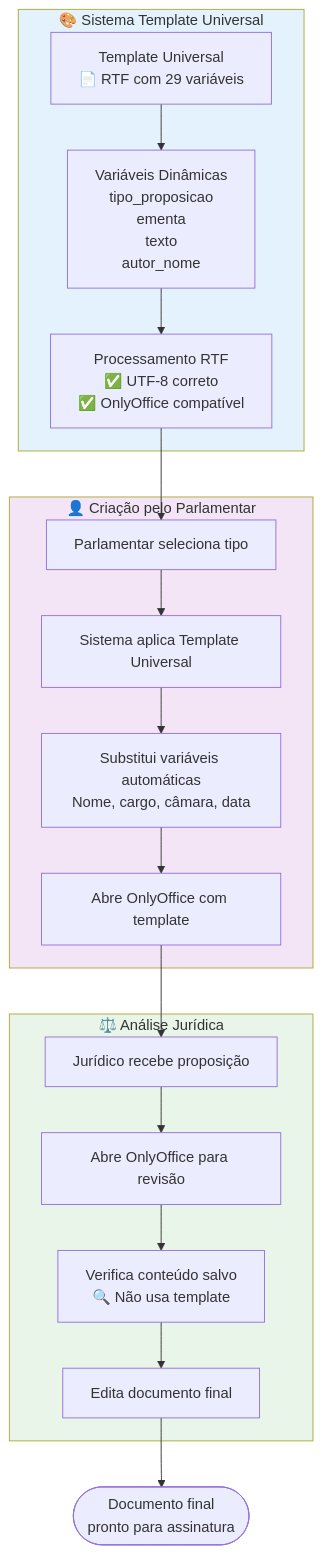
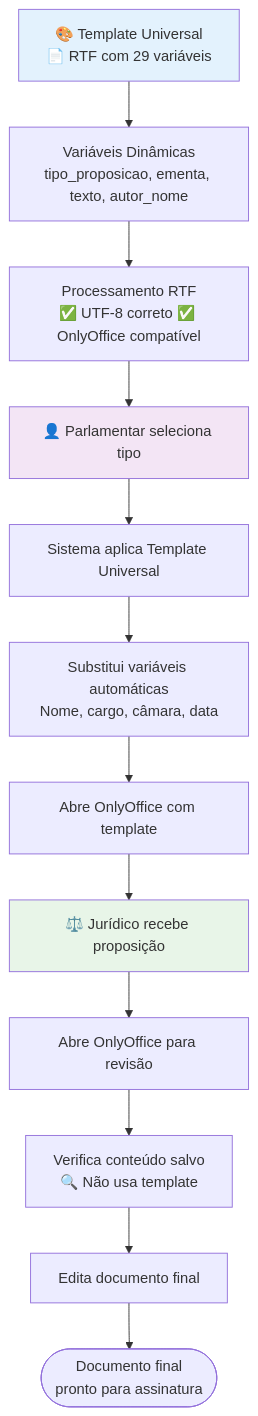
One commit to rangelbruno/legisinc-v3 changed the first of 19 diagrams in docs/FLUXO-PROPOSICOES-MERMAID.md. Above: the diagram before and after it, drawn with Mermaid. The commit also changed other lines of this file and 21 other files, not shown here.

Commit message:
docs(architecture): add complete system architecture and operational flow diagrams

````diff
--- a/docs/FLUXO-PROPOSICOES-MERMAID.md
+++ b/docs/FLUXO-PROPOSICOES-MERMAID.md
@@ -12,41 +12,35 @@
 ```mermaid
-flowchart TB
-    subgraph TemplateSystem["🎨 Sistema Template Universal"]
-        TU_Creation[Template Universal<br/>📄 RTF com 29 variáveis]
-        TU_Variables["Variáveis Dinâmicas<br/>tipo_proposicao<br/>ementa<br/>texto<br/>autor_nome"]
-        TU_Processing[Processamento RTF<br/>✅ UTF-8 correto<br/>✅ OnlyOffice compatível]
-        
-        TU_Creation --> TU_Variables
-        TU_Variables --> TU_Processing
-    end
-    
-    subgraph PropositionCreation["👤 Criação pelo Parlamentar"]
-        PC_Select[Parlamentar seleciona tipo]
-        PC_Template[Sistema aplica Template Universal]
-        PC_Variables[Substitui variáveis automáticas<br/>Nome, cargo, câmara, data]
-        PC_Editor[Abre OnlyOffice com template]
-        
-        PC_Select --> PC_Template
-        PC_Template --> PC_Variables
-        PC_Variables --> PC_Editor
-    end
-    
-    subgraph LegalAnalysis["⚖️ Análise Jurídica"]
-        LA_Receive[Jurídico recebe proposição]
-        LA_OpenEditor[Abre OnlyOffice para revisão]
-        LA_ContentCheck[Verifica conteúdo salvo<br/>🔍 Não usa template]
-        LA_Edit[Edita documento final]
-        
-        LA_Receive --> LA_OpenEditor
-        LA_OpenEditor --> LA_ContentCheck
-        LA_ContentCheck --> LA_Edit
-    end
-    
+graph TB
+    %% Sistema Template Universal
+    TU_Creation[🎨 Template Universal<br/>📄 RTF com 29 variáveis]
+    TU_Variables[Variáveis Dinâmicas<br/>tipo_proposicao, ementa, texto, autor_nome]
+    TU_Processing[Processamento RTF<br/>✅ UTF-8 correto ✅ OnlyOffice compatível]
+
+    %% Criação pelo Parlamentar
+    PC_Select[👤 Parlamentar seleciona tipo]
+    PC_Template[Sistema aplica Template Universal]
+    PC_Variables[Substitui variáveis automáticas<br/>Nome, cargo, câmara, data]
+    PC_Editor[Abre OnlyOffice com template]
+
+    %% Análise Jurídica
+    LA_Receive[⚖️ Jurídico recebe proposição]
+    LA_OpenEditor[Abre OnlyOffice para revisão]
+    LA_ContentCheck[Verifica conteúdo salvo<br/>🔍 Não usa template]
+    LA_Edit[Edita documento final]
+
+    TU_Creation --> TU_Variables
+    TU_Variables --> TU_Processing
     TU_Processing --> PC_Select
+    PC_Select --> PC_Template
+    PC_Template --> PC_Variables
+    PC_Variables --> PC_Editor
     PC_Editor --> LA_Receive
+    LA_Receive --> LA_OpenEditor
+    LA_OpenEditor --> LA_ContentCheck
+    LA_ContentCheck --> LA_Edit
     LA_Edit --> End([Documento final<br/>pronto para assinatura])
-    
-    style TemplateSystem fill:#e3f2fd
-    style PropositionCreation fill:#f3e5f5
-    style LegalAnalysis fill:#e8f5e8
+
+    style TU_Creation fill:#e3f2fd
+    style PC_Select fill:#f3e5f5
+    style LA_Receive fill:#e8f5e8
 ```
````
